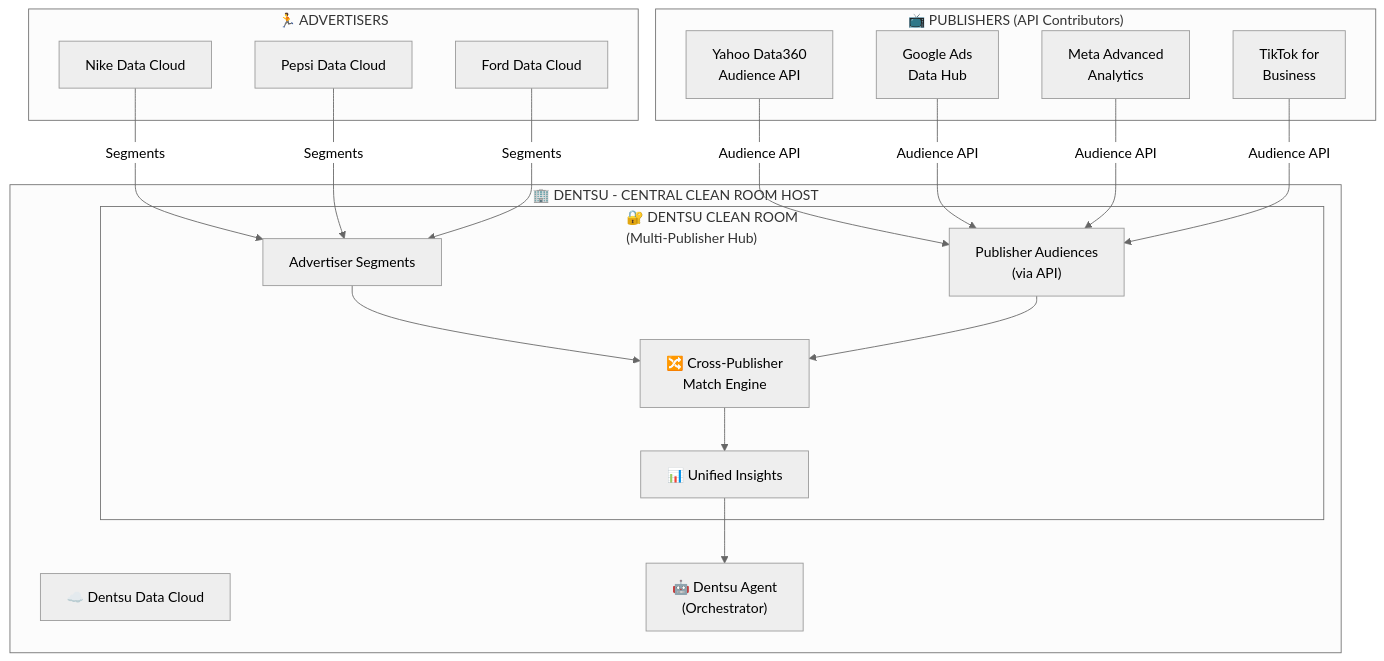
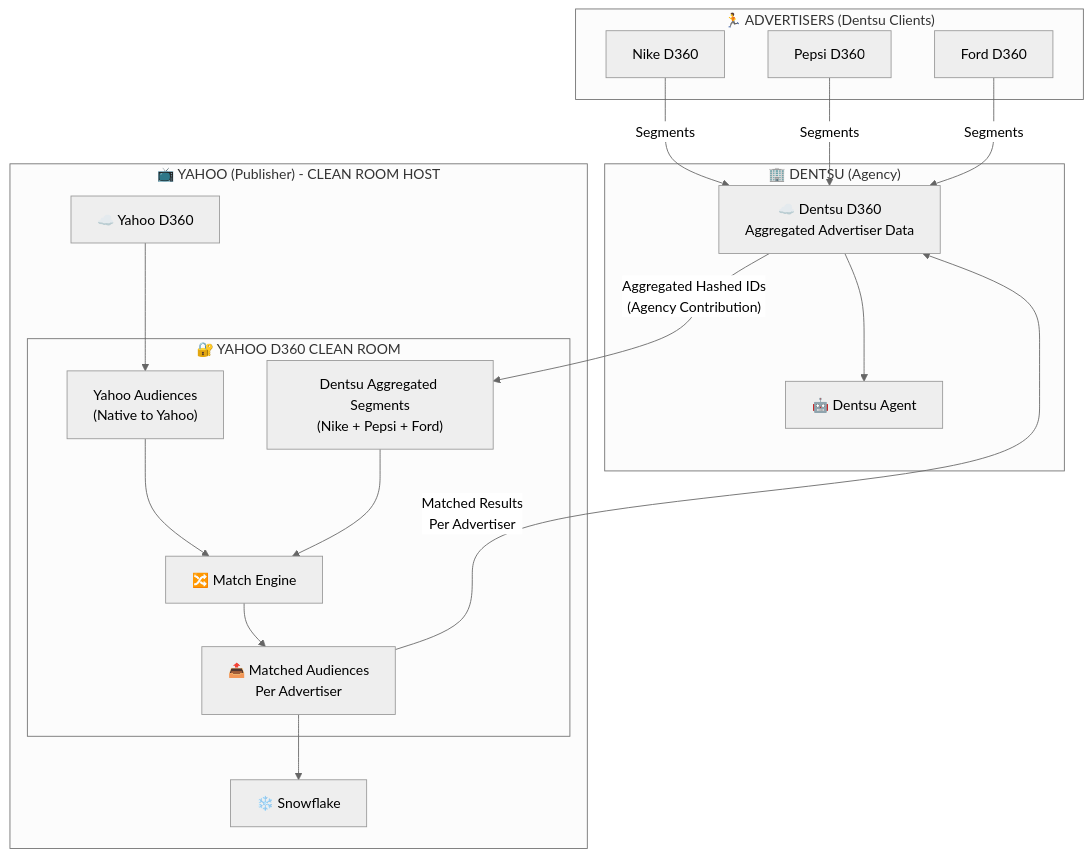
One commit to arupsarkar-sfdc/admcp-media-app changed the fifth of 7 diagrams in DENTSU_YAHOO_NIKE_ARCHITECTURE.md. Above: the diagram before and after it, drawn with Mermaid (neutral theme). The commit also changed other lines of this file, not shown here.

Commit message:
docs(fix): Updated with modified diagram and content

````diff
--- a/DENTSU_YAHOO_NIKE_ARCHITECTURE.md
+++ b/DENTSU_YAHOO_NIKE_ARCHITECTURE.md
@@ -273,42 +264,40 @@
 ```mermaid
 flowchart TB
-    subgraph ADVERTISERS["🏃 ADVERTISERS"]
-        Nike["Nike Data Cloud"]
-        Pepsi["Pepsi Data Cloud"]
-        Ford["Ford Data Cloud"]
+    subgraph ADVERTISERS["🏃 ADVERTISERS (Dentsu Clients)"]
+        Nike["Nike D360"]
+        Pepsi["Pepsi D360"]
+        Ford["Ford D360"]
     end
 
-    subgraph DENTSU["🏢 DENTSU - CENTRAL CLEAN ROOM HOST"]
-        DentsuDC["☁️ Dentsu Data Cloud"]
+    subgraph DENTSU["🏢 DENTSU (Agency)"]
+        DentsuDC["☁️ Dentsu D360<br/>Aggregated Advertiser Data"]
+        DentsuAgent["🤖 Dentsu Agent"]
+    end
+
+    subgraph YAHOO["📺 YAHOO (Publisher) - CLEAN ROOM HOST"]
+        YahooDC["☁️ Yahoo D360"]
         
-        subgraph CLEANROOM["🔐 DENTSU CLEAN ROOM<br/>(Multi-Publisher Hub)"]
-            CR1["Advertiser Segments"]
-            CR2["Publisher Audiences<br/>(via API)"]
-            CR3["🔀 Cross-Publisher<br/>Match Engine"]
-            CR4["📊 Unified Insights"]
+        subgraph CLEANROOM["🔐 YAHOO D360 CLEAN ROOM"]
+            CR1["Dentsu Aggregated Segments<br/>(Nike + Pepsi + Ford)"]
+            CR2["Yahoo Audiences<br/>(Native to Yahoo)"]
+            CR3["🔀 Match Engine"]
+            CR4["📤 Matched Audiences<br/>Per Advertiser"]
         end
         
-        DentsuAgent["🤖 Dentsu Agent<br/>(Orchestrator)"]
+        YahooSnowflake["❄️ Snowflake"]
     end
 
-    subgraph PUBLISHERS["📺 PUBLISHERS (API Contributors)"]
-        Yahoo["Yahoo Data360<br/>Audience API"]
-        Google["Google Ads<br/>Data Hub"]
-        Meta["Meta Advanced<br/>Analytics"]
-        TikTok["TikTok for<br/>Business"]
-    end
-
-    Nike -->|"Segments"| CR1
-    Pepsi -->|"Segments"| CR1
-    Ford -->|"Segments"| CR1
+    Nike -->|"Segments"| DentsuDC
+    Pepsi -->|"Segments"| DentsuDC
+    Ford -->|"Segments"| DentsuDC
     
-    Yahoo -->|"Audience API"| CR2
-    Google -->|"Audience API"| CR2
-    Meta -->|"Audience API"| CR2
-    TikTok -->|"Audience API"| CR2
-    
+    DentsuDC -->|"Aggregated Hashed IDs<br/>(Agency Contribution)"| CR1
+    YahooDC --> CR2
     CR1 --> CR3
     CR2 --> CR3
     CR3 --> CR4
-    CR4 --> DentsuAgent
+    CR4 -->|"Matched Results<br/>Per Advertiser"| DentsuDC
+    CR4 --> YahooSnowflake
+    
+    DentsuDC --> DentsuAgent
 ```
````
